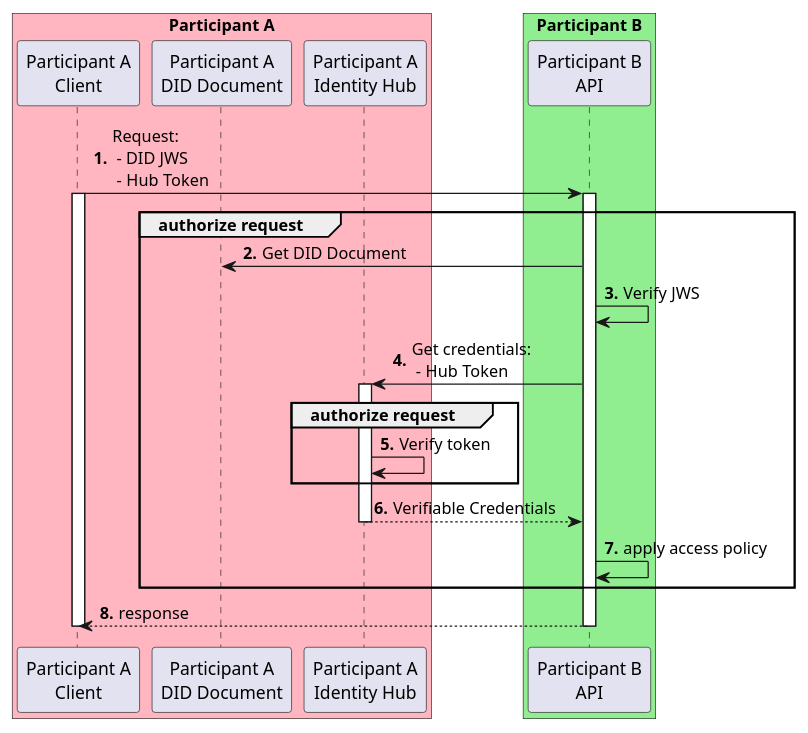
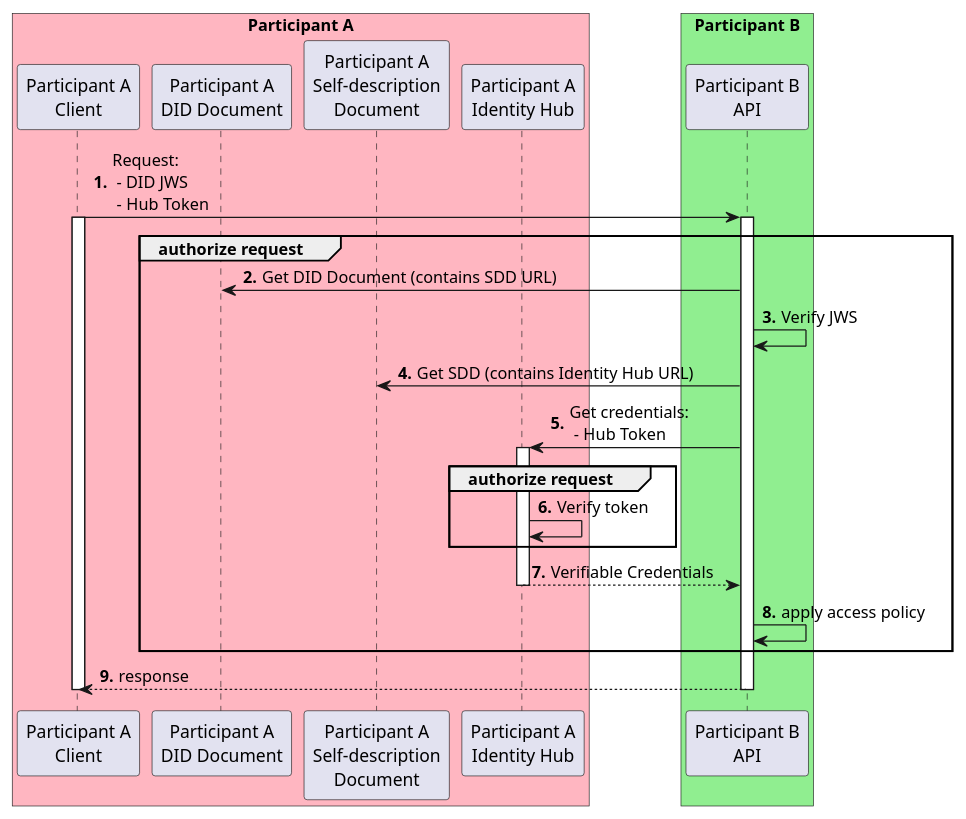
Before and after one commit to agera-edc/MinimumViableDataspaceOld: the diagram in docs/developer/decision-records/2022-05-10-dataspace-communication/distributed-authorization.puml, drawn with PlantUML. The commit also changed 6 other files, not shown here.

Commit message:
Added self-description document

```diff
--- a/docs/developer/decision-records/2022-05-10-dataspace-communication/distributed-authorization.puml
+++ b/docs/developer/decision-records/2022-05-10-dataspace-communication/distributed-authorization.puml
@@ -1,27 +1,29 @@
 @startuml
 autonumber "<b>0'.'"
 box "Participant A" #LightPink
 Participant "Participant A\nClient" as ParticipantA
 Participant "Participant A\nDID Document" as DID
+Participant "Participant A\nSelf-description\nDocument" as SDD
 Participant "Participant A\nIdentity Hub" as IDHUB
 end box
 box "Participant B" #LightGreen
 Participant "Participant B\nAPI" as B
 end box
 
 ParticipantA -> B ++: Request:\n - DID JWS\n - Hub Token
 activate ParticipantA
 group authorize request
-  B -> DID: Get DID Document
+  B -> DID: Get DID Document (contains SDD URL)
   B -> B: Verify JWS
+  B -> SDD: Get SDD (contains Identity Hub URL)
   B -> IDHUB ++: Get credentials:\n - Hub Token
   group authorize request
     IDHUB -> IDHUB: Verify token
   end
   return Verifiable Credentials
   B -> B: apply access policy
 end
 return response
 deactivate ParticipantA
 
 @enduml
```
